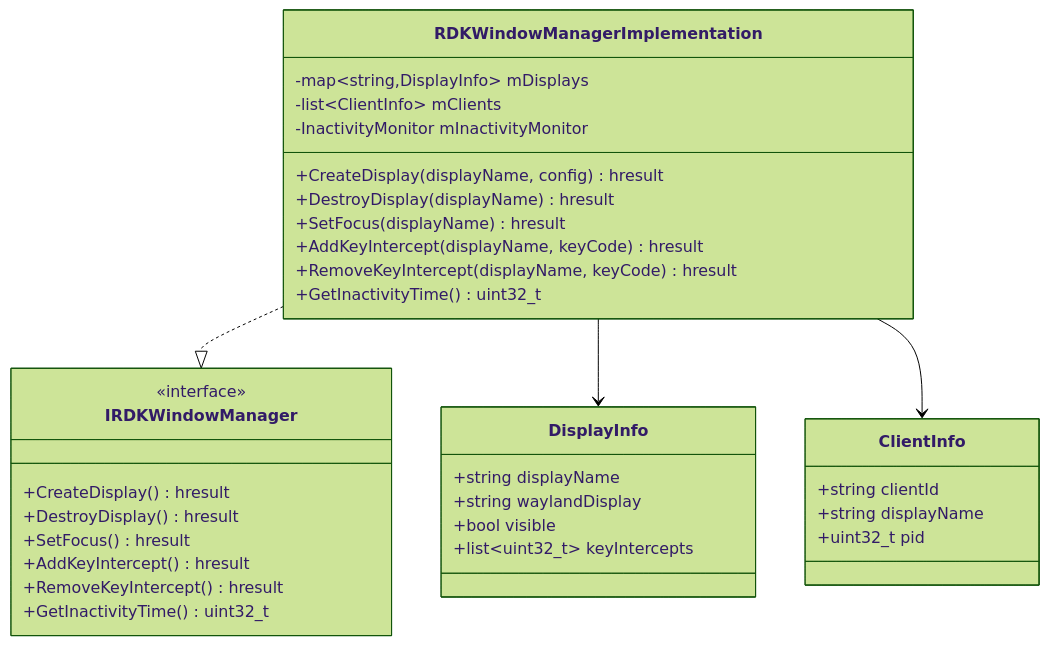
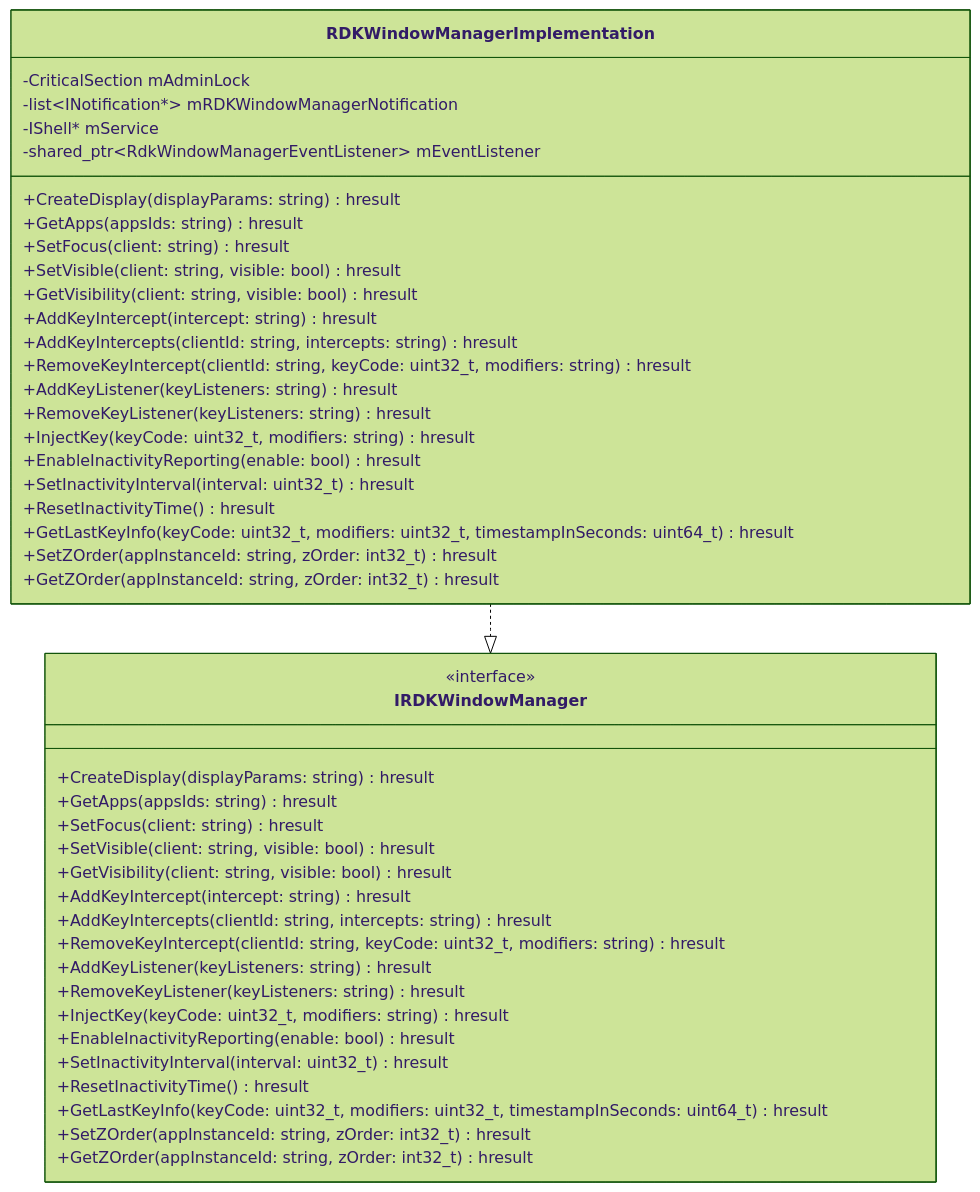
Before and after one commit to rdkcentral/entservices-appmanagers: the second of 4 diagrams in RDKWindowManager/RDKWindowManager.md, drawn with Mermaid (forest theme). The commit also changed other lines of this file and 7 other files, not shown here.

````diff
--- a/RDKWindowManager/RDKWindowManager.md
+++ b/RDKWindowManager/RDKWindowManager.md
@@ -60,41 +60,49 @@
 ```mermaid
 classDiagram
     class RDKWindowManagerImplementation {
-        -map~string,DisplayInfo~ mDisplays
-        -list~ClientInfo~ mClients
-        -InactivityMonitor mInactivityMonitor
-        +CreateDisplay(displayName, config) hresult
-        +DestroyDisplay(displayName) hresult
-        +SetFocus(displayName) hresult
-        +AddKeyIntercept(displayName, keyCode) hresult
-        +RemoveKeyIntercept(displayName, keyCode) hresult
-        +GetInactivityTime() uint32_t
-    }
-
-    class DisplayInfo {
-        +string displayName
-        +string waylandDisplay
-        +bool visible
-        +list~uint32_t~ keyIntercepts
-    }
-
-    class ClientInfo {
-        +string clientId
-        +string displayName
-        +uint32_t pid
+        -CriticalSection mAdminLock
+        -list~INotification*~ mRDKWindowManagerNotification
+        -IShell* mService
+        -shared_ptr~RdkWindowManagerEventListener~ mEventListener
+        +CreateDisplay(displayParams: string) hresult
+        +GetApps(appsIds: string) hresult
+        +SetFocus(client: string) hresult
+        +SetVisible(client: string, visible: bool) hresult
+        +GetVisibility(client: string, visible: bool) hresult
+        +AddKeyIntercept(intercept: string) hresult
+        +AddKeyIntercepts(clientId: string, intercepts: string) hresult
+        +RemoveKeyIntercept(clientId: string, keyCode: uint32_t, modifiers: string) hresult
+        +AddKeyListener(keyListeners: string) hresult
+        +RemoveKeyListener(keyListeners: string) hresult
+        +InjectKey(keyCode: uint32_t, modifiers: string) hresult
+        +EnableInactivityReporting(enable: bool) hresult
+        +SetInactivityInterval(interval: uint32_t) hresult
+        +ResetInactivityTime() hresult
+        +GetLastKeyInfo(keyCode: uint32_t, modifiers: uint32_t, timestampInSeconds: uint64_t) hresult
+        +SetZOrder(appInstanceId: string, zOrder: int32_t) hresult
+        +GetZOrder(appInstanceId: string, zOrder: int32_t) hresult
     }
 
     class IRDKWindowManager {
         <<interface>>
-        +CreateDisplay() hresult
-        +DestroyDisplay() hresult
-        +SetFocus() hresult
-        +AddKeyIntercept() hresult
-        +RemoveKeyIntercept() hresult
-        +GetInactivityTime() uint32_t
+        +CreateDisplay(displayParams: string) hresult
+        +GetApps(appsIds: string) hresult
+        +SetFocus(client: string) hresult
+        +SetVisible(client: string, visible: bool) hresult
+        +GetVisibility(client: string, visible: bool) hresult
+        +AddKeyIntercept(intercept: string) hresult
+        +AddKeyIntercepts(clientId: string, intercepts: string) hresult
+        +RemoveKeyIntercept(clientId: string, keyCode: uint32_t, modifiers: string) hresult
+        +AddKeyListener(keyListeners: string) hresult
+        +RemoveKeyListener(keyListeners: string) hresult
+        +InjectKey(keyCode: uint32_t, modifiers: string) hresult
+        +EnableInactivityReporting(enable: bool) hresult
+        +SetInactivityInterval(interval: uint32_t) hresult
+        +ResetInactivityTime() hresult
+        +GetLastKeyInfo(keyCode: uint32_t, modifiers: uint32_t, timestampInSeconds: uint64_t) hresult
+        +SetZOrder(appInstanceId: string, zOrder: int32_t) hresult
+        +GetZOrder(appInstanceId: string, zOrder: int32_t) hresult
     }
 
     RDKWindowManagerImplementation ..|> IRDKWindowManager
-    RDKWindowManagerImplementation --> DisplayInfo
-    RDKWindowManagerImplementation --> ClientInfo
 ```
````
